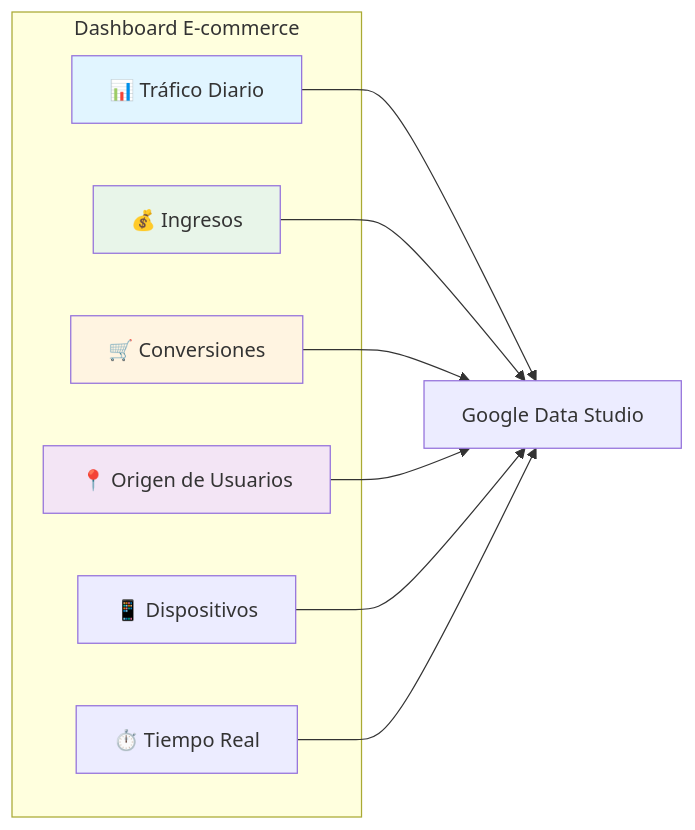
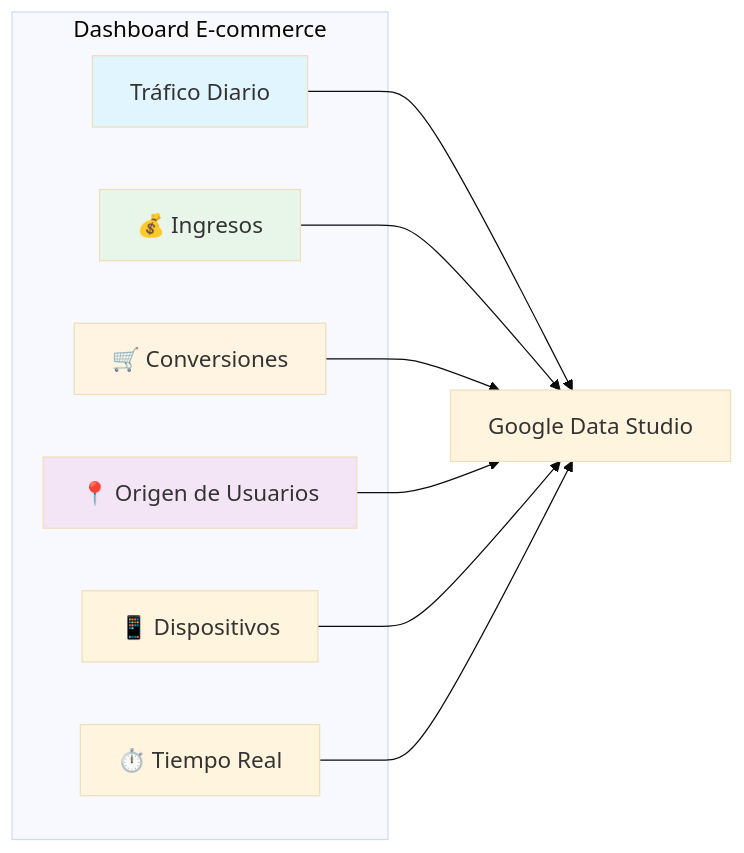
One commit to Ai-Whisperers/Courses-Content changed the third of 8 diagrams in courses/🟡-development/FPUNA-2026/04-MARKETING-COMUNICACION/02-data-driven-marketing.md. Above: the diagram before and after it, drawn with Mermaid. The commit also changed other lines of this file and 47 other files, not shown here.

First line of the commit message:
fix: Make all 473 diagrams WCAG AAA accessible (FPUNA-2026)

````diff
--- a/courses/🟡-development/FPUNA-2026/04-MARKETING-COMUNICACION/02-data-driven-marketing.md
+++ b/courses/🟡-development/FPUNA-2026/04-MARKETING-COMUNICACION/02-data-driven-marketing.md
@@ -306,23 +308,24 @@
 ```mermaid
+%%{init: {'theme':'base', 'themeVariables': {'fontSize':'18px'}}}%%
 graph LR
     subgraph "Dashboard E-commerce"
-        A[📊 Tráfico Diario]
+        A[Tráfico Diario]
         B[💰 Ingresos]
         C[🛒 Conversiones]
         D[📍 Origen de Usuarios]
         E[📱 Dispositivos]
         F[⏱️ Tiempo Real]
     end
     
     A --> G[Google Data Studio]
     B --> G
     C --> G
     D --> G
     E --> G
     F --> G
     
     style A fill:#e1f5ff
     style B fill:#e8f5e9
     style C fill:#fff4e1
     style D fill:#f3e5f5
 ```
````
